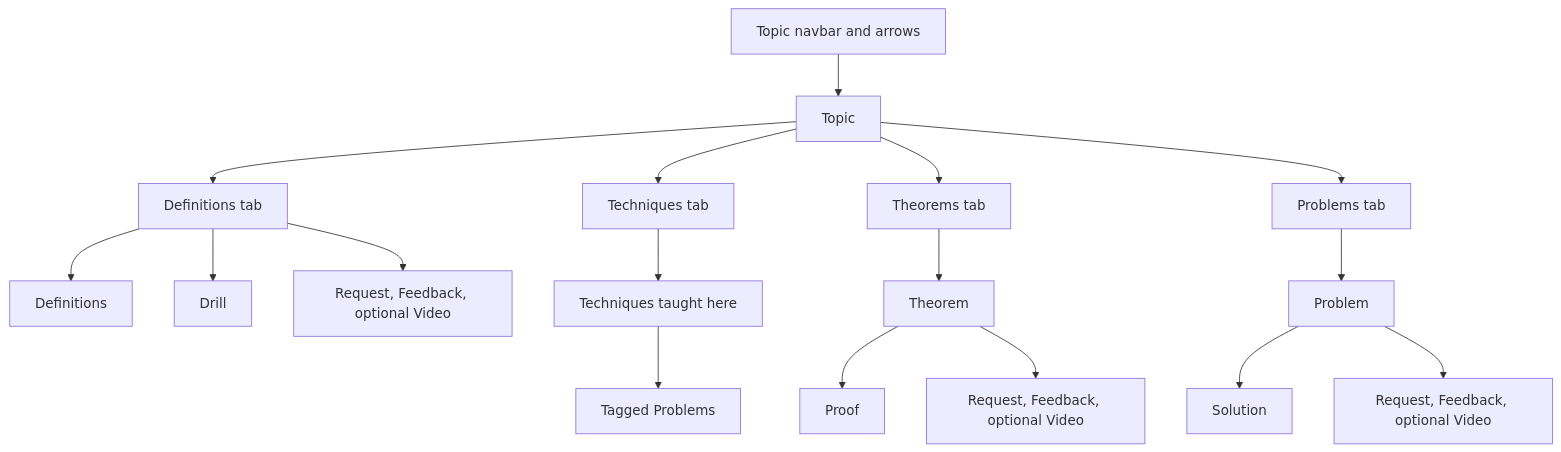
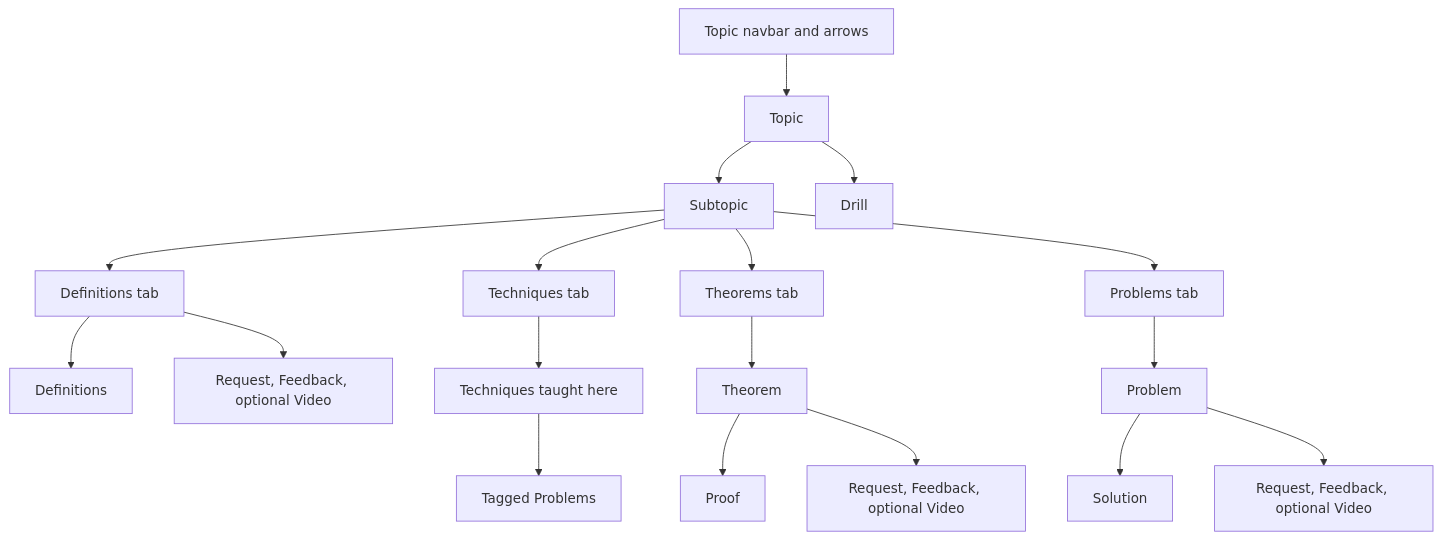
The diagram in README.md (Yuxiang-Huang/21-127.com), drawn with Mermaid before and after one commit. The commit also changed other lines of this file and 8 other files, not shown here.

````diff
--- a/README.md
+++ b/README.md
@@ -7,20 +7,21 @@
 ```mermaid
 flowchart TD
   navbar["Topic navbar and arrows"]
   navbar --> topic[Topic]
-  topic --> defTab["Definitions tab"]
-  topic --> techTab["Techniques tab"]
-  topic --> thmTab["Theorems tab"]
-  topic --> probTab["Problems tab"]
+  topic --> subtopic[Subtopic]
+  topic --> drill[Drill]
+  subtopic --> defTab["Definitions tab"]
+  subtopic --> techTab["Techniques tab"]
+  subtopic --> thmTab["Theorems tab"]
+  subtopic --> probTab["Problems tab"]
   defTab --> definitions[Definitions]
-  defTab --> drill[Drill]
   defTab --> tabSignals["Request, Feedback, optional Video"]
   techTab --> techniques["Techniques taught here"]
   techniques --> tagged["Tagged Problems"]
   thmTab --> theorem[Theorem]
   theorem --> proof[Proof]
   theorem --> itemSignals["Request, Feedback, optional Video"]
   probTab --> problem[Problem]
   problem --> solution[Solution]
   problem --> itemSignals2["Request, Feedback, optional Video"]
 ```
````
